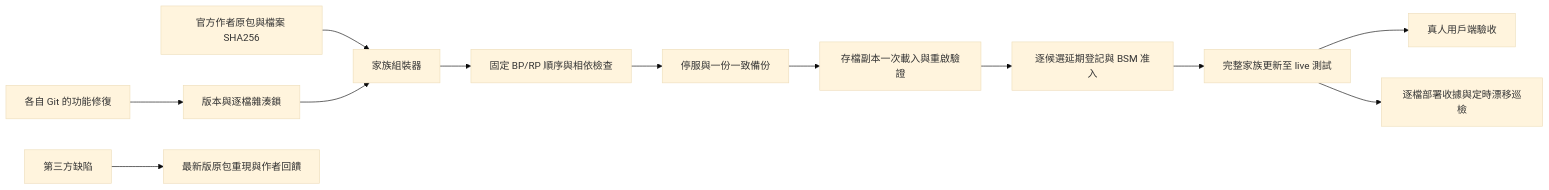
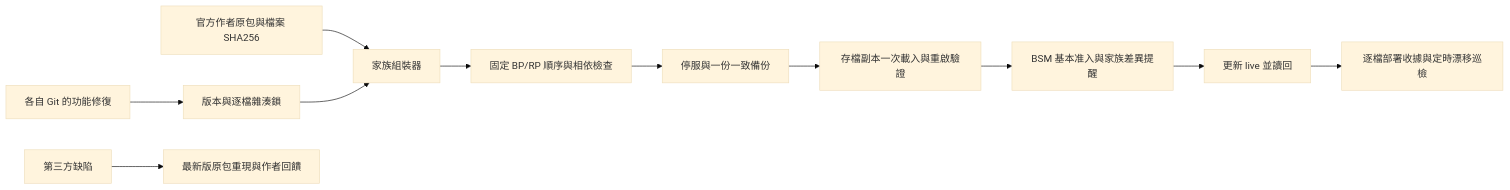
One commit to burnt-tea-dev/kaleidoscope-tavern-unofficial changed the diagram in family/MAINTENANCE.md. Above: the diagram before and after it, drawn with Mermaid (base theme). The commit also changed other lines of this file and 2 other files, not shown here.

````diff
--- a/family/MAINTENANCE.md
+++ b/family/MAINTENANCE.md
@@ -13,14 +13,13 @@
 ```mermaid
 flowchart LR
   A[各自 Git 的功能修復] --> B[版本與逐檔雜湊鎖]
   C[官方作者原包與檔案 SHA256] --> D[家族組裝器]
   B --> D
   D --> E[固定 BP/RP 順序與相依檢查]
   E --> G[停服與一份一致備份]
   G --> F[存檔副本一次載入與重啟驗證]
-  F --> H[逐候選延期登記與 BSM 准入]
-  H --> L[完整家族更新至 live 測試]
-  L --> M[真人用戶端驗收]
+  F --> H[BSM 基本准入與家族差異提醒]
+  H --> L[更新 live 並讀回]
   L --> I[逐檔部署收據與定時漂移巡檢]
   J[第三方缺陷] --> K[最新版原包重現與作者回饋]
 ```
````
